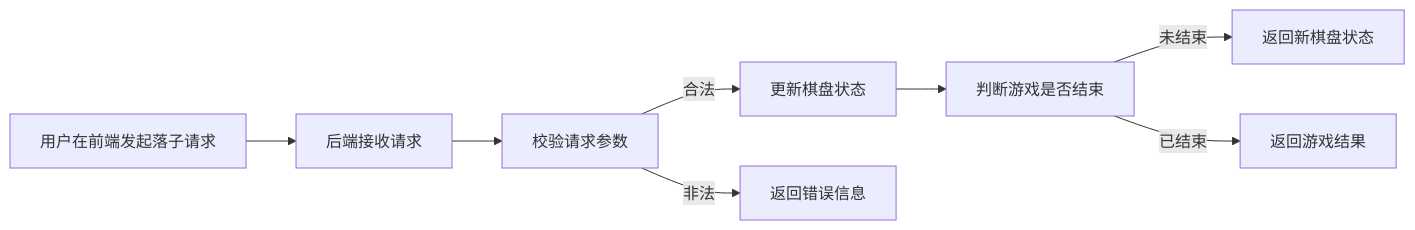
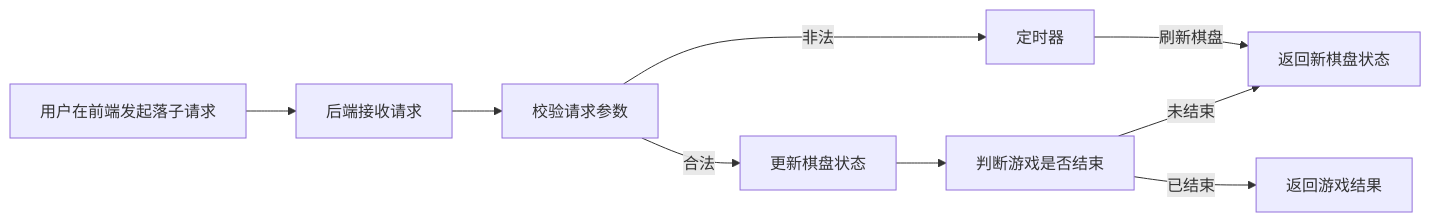
The diagram in 实践报告.md (HandyWote/BestStrategyOfGomoku), drawn with Mermaid before and after one commit.

Commit message:
完善实践报告

````diff
--- a/实践报告.md
+++ b/实践报告.md
@@ -26,10 +26,11 @@
 ```mermaid
 graph LR
     A[用户在前端发起落子请求] --> B[后端接收请求]
     B --> C[校验请求参数]
     C -- 合法 --> D[更新棋盘状态]
     C -- 非法 --> G[返回错误信息]
     D --> E[判断游戏是否结束]
     E -- 未结束 --> F[返回新棋盘状态]
+    G[定时器] -- 刷新棋盘 --> F
     E -- 已结束 --> H[返回游戏结果]
 ```
````
